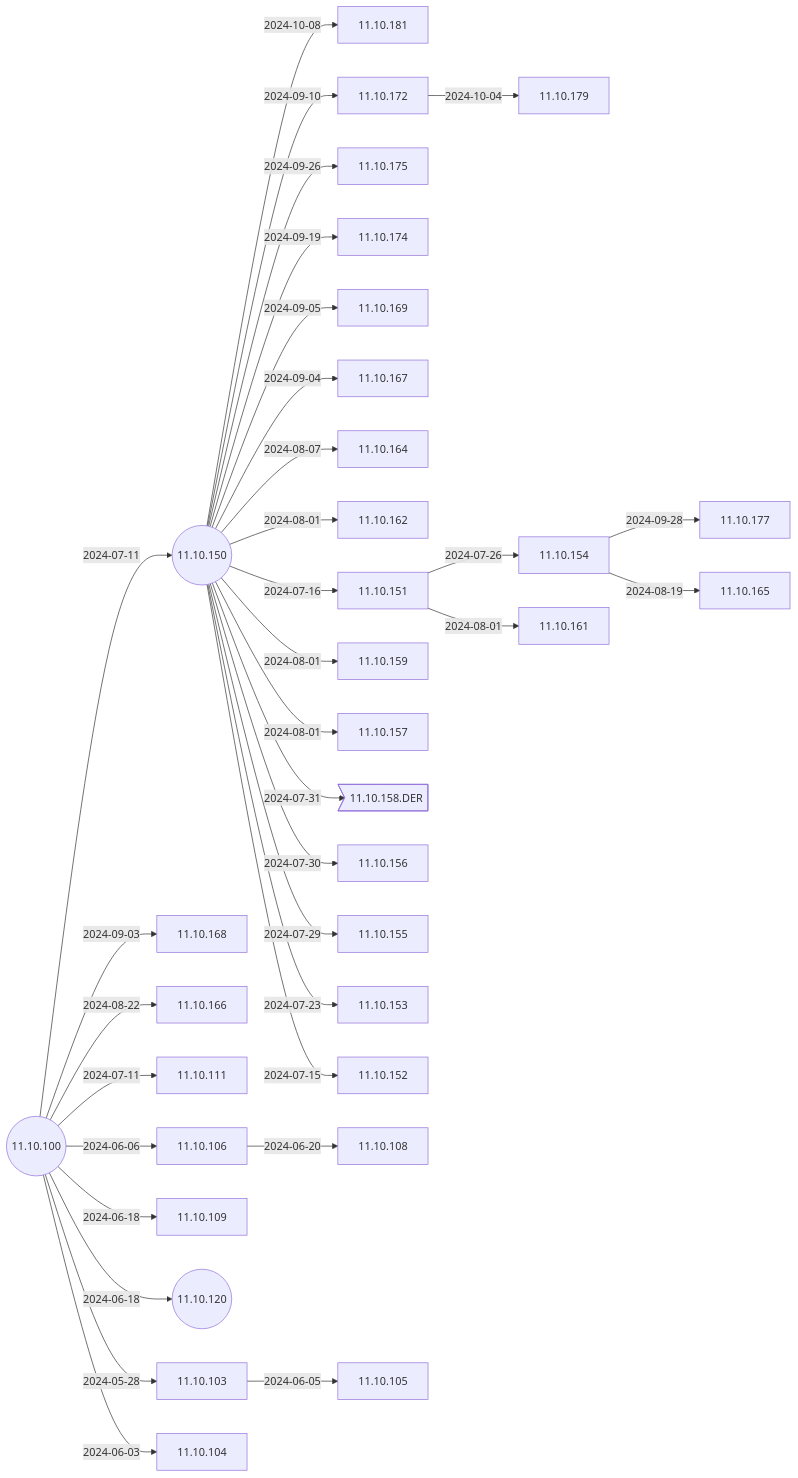
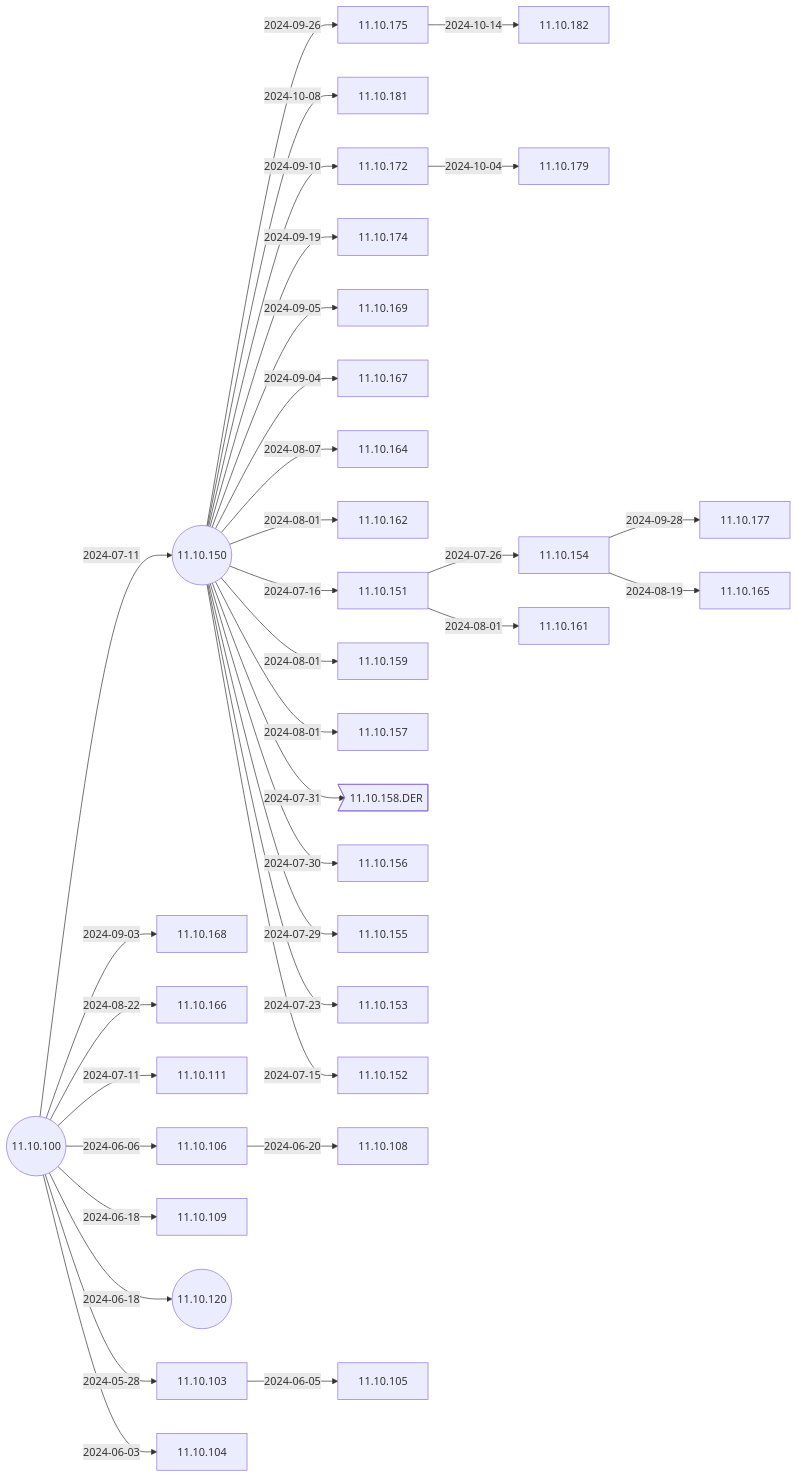
Before and after one commit to IGEL-Community/IGEL-Docs-v02: the second of 6 diagrams in docs/Docs/ReleaseNotes/01-OS11/README.md, drawn with Mermaid. The commit also changed 2 other files, not shown here.

Commit message:
11.10.182 < 11.10.175 11.10.182 < 11.10.175

````diff
--- a/docs/Docs/ReleaseNotes/01-OS11/README.md
+++ b/docs/Docs/ReleaseNotes/01-OS11/README.md
@@ -41,69 +41,71 @@
 ```mermaid
 flowchart LR
+    11.10.175-- 2024-10-14 -->11.10.182
     11.10.150-- 2024-10-08 -->11.10.181
     11.10.172-- 2024-10-04 -->11.10.179
     11.10.154-- 2024-09-28 -->11.10.177
     11.10.150-- 2024-09-26 -->11.10.175
     11.10.150-- 2024-09-19 -->11.10.174
     11.10.150-- 2024-09-10 -->11.10.172
     11.10.150-- 2024-09-05 -->11.10.169
     11.10.150-- 2024-09-04 -->11.10.167
     11.10.100-- 2024-09-03 -->11.10.168
     11.10.100-- 2024-08-22 -->11.10.166
     11.10.154-- 2024-08-19 -->11.10.165
     11.10.150-- 2024-08-07 -->11.10.164
     11.10.150-- 2024-08-01 -->11.10.162
     11.10.151-- 2024-08-01 -->11.10.161
     11.10.150-- 2024-08-01 -->11.10.159
     11.10.150-- 2024-08-01 -->11.10.157
     11.10.150-- 2024-07-31 -->11.10.158.DER>11.10.158.DER]
     11.10.150-- 2024-07-30 -->11.10.156
     11.10.150-- 2024-07-29 -->11.10.155
     11.10.151-- 2024-07-26 -->11.10.154
     11.10.150-- 2024-07-23 -->11.10.153
     11.10.150-- 2024-07-16 -->11.10.151
     11.10.150-- 2024-07-15 -->11.10.152
     11.10.100-- 2024-07-11 -->11.10.150((11.10.150))
     11.10.100-- 2024-07-11 -->11.10.111
     11.10.106-- 2024-06-20 -->11.10.108
     11.10.100-- 2024-06-18 -->11.10.109
     11.10.100-- 2024-06-18 -->11.10.120((11.10.120))
     11.10.100-- 2024-06-06 -->11.10.106
     11.10.103-- 2024-06-05 -->11.10.105
     11.10.100-- 2024-06-03 -->11.10.104
     11.10.100-- 2024-05-28 -->11.10.103
     11.10.100((11.10.100))
+    click 11.10.182 "https://github.com/IGEL-Community/IGEL-Docs-v02/tree/main/docs/Docs/ReleaseNotes/01-OS11/readme11.10.182.txt" _blank
     click 11.10.181 "https://github.com/IGEL-Community/IGEL-Docs-v02/tree/main/docs/Docs/ReleaseNotes/01-OS11/readme11.10.181.txt" _blank
     click 11.10.179 "https://github.com/IGEL-Community/IGEL-Docs-v02/tree/main/docs/Docs/ReleaseNotes/01-OS11/readme11.10.179.txt" _blank
     click 11.10.177 "https://github.com/IGEL-Community/IGEL-Docs-v02/tree/main/docs/Docs/ReleaseNotes/01-OS11/readme11.10.177.txt" _blank
     click 11.10.175 "https://github.com/IGEL-Community/IGEL-Docs-v02/tree/main/docs/Docs/ReleaseNotes/01-OS11/readme11.10.175.txt" _blank
     click 11.10.174 "https://github.com/IGEL-Community/IGEL-Docs-v02/tree/main/docs/Docs/ReleaseNotes/01-OS11/readme11.10.174.txt" _blank
     click 11.10.172 "https://github.com/IGEL-Community/IGEL-Docs-v02/tree/main/docs/Docs/ReleaseNotes/01-OS11/readme11.10.172.txt" _blank
     click 11.10.169 "https://github.com/IGEL-Community/IGEL-Docs-v02/tree/main/docs/Docs/ReleaseNotes/01-OS11/readme11.10.169.txt" _blank
     click 11.10.167 "https://github.com/IGEL-Community/IGEL-Docs-v02/tree/main/docs/Docs/ReleaseNotes/01-OS11/readme11.10.167.txt" _blank
     click 11.10.168 "https://github.com/IGEL-Community/IGEL-Docs-v02/tree/main/docs/Docs/ReleaseNotes/01-OS11/readme11.10.168.txt" _blank
     click 11.10.166 "https://github.com/IGEL-Community/IGEL-Docs-v02/tree/main/docs/Docs/ReleaseNotes/01-OS11/readme11.10.166.txt" _blank
     click 11.10.165 "https://github.com/IGEL-Community/IGEL-Docs-v02/tree/main/docs/Docs/ReleaseNotes/01-OS11/readme11.10.165.txt" _blank
     click 11.10.164 "https://github.com/IGEL-Community/IGEL-Docs-v02/tree/main/docs/Docs/ReleaseNotes/01-OS11/readme11.10.164.txt" _blank
     click 11.10.162 "https://github.com/IGEL-Community/IGEL-Docs-v02/tree/main/docs/Docs/ReleaseNotes/01-OS11/readme11.10.162.txt" _blank
     click 11.10.161 "https://github.com/IGEL-Community/IGEL-Docs-v02/tree/main/docs/Docs/ReleaseNotes/01-OS11/readme11.10.161.txt" _blank
     click 11.10.159 "https://github.com/IGEL-Community/IGEL-Docs-v02/tree/main/docs/Docs/ReleaseNotes/01-OS11/readme11.10.159.txt" _blank
     click 11.10.157 "https://github.com/IGEL-Community/IGEL-Docs-v02/tree/main/docs/Docs/ReleaseNotes/01-OS11/readme11.10.157.txt" _blank
     click 11.10.158.DER "https://github.com/IGEL-Community/IGEL-Docs-v02/tree/main/docs/Docs/ReleaseNotes/01-OS11/readme11.10.158.DER.txt" _blank
     click 11.10.156 "https://github.com/IGEL-Community/IGEL-Docs-v02/tree/main/docs/Docs/ReleaseNotes/01-OS11/readme11.10.156.txt" _blank
     click 11.10.155 "https://github.com/IGEL-Community/IGEL-Docs-v02/tree/main/docs/Docs/ReleaseNotes/01-OS11/readme11.10.155.txt" _blank
     click 11.10.154 "https://github.com/IGEL-Community/IGEL-Docs-v02/tree/main/docs/Docs/ReleaseNotes/01-OS11/readme11.10.154.txt" _blank
     click 11.10.153 "https://github.com/IGEL-Community/IGEL-Docs-v02/tree/main/docs/Docs/ReleaseNotes/01-OS11/readme11.10.153.txt" _blank
     click 11.10.151 "https://github.com/IGEL-Community/IGEL-Docs-v02/tree/main/docs/Docs/ReleaseNotes/01-OS11/readme11.10.151.txt" _blank
     click 11.10.152 "https://github.com/IGEL-Community/IGEL-Docs-v02/tree/main/docs/Docs/ReleaseNotes/01-OS11/readme11.10.152.txt" _blank
     click 11.10.111 "https://github.com/IGEL-Community/IGEL-Docs-v02/tree/main/docs/Docs/ReleaseNotes/01-OS11/readme11.10.111.txt" _blank
     click 11.10.150 "https://github.com/IGEL-Community/IGEL-Docs-v02/tree/main/docs/Docs/ReleaseNotes/01-OS11/readme11.10.150.txt" _blank
     click 11.10.108 "https://github.com/IGEL-Community/IGEL-Docs-v02/tree/main/docs/Docs/ReleaseNotes/01-OS11/readme11.10.108.txt" _blank
     click 11.10.109 "https://github.com/IGEL-Community/IGEL-Docs-v02/tree/main/docs/Docs/ReleaseNotes/01-OS11/readme11.10.109.txt" _blank
     click 11.10.120 "https://github.com/IGEL-Community/IGEL-Docs-v02/tree/main/docs/Docs/ReleaseNotes/01-OS11/readme11.10.120.txt" _blank
     click 11.10.106 "https://github.com/IGEL-Community/IGEL-Docs-v02/tree/main/docs/Docs/ReleaseNotes/01-OS11/readme11.10.106.txt" _blank
     click 11.10.105 "https://github.com/IGEL-Community/IGEL-Docs-v02/tree/main/docs/Docs/ReleaseNotes/01-OS11/readme11.10.105.txt" _blank
     click 11.10.104 "https://github.com/IGEL-Community/IGEL-Docs-v02/tree/main/docs/Docs/ReleaseNotes/01-OS11/readme11.10.104.txt" _blank
     click 11.10.103 "https://github.com/IGEL-Community/IGEL-Docs-v02/tree/main/docs/Docs/ReleaseNotes/01-OS11/readme11.10.103.txt" _blank
     click 11.10.100 "https://github.com/IGEL-Community/IGEL-Docs-v02/tree/main/docs/Docs/ReleaseNotes/01-OS11/readme11.10.100.txt" _blank
 ```
````
